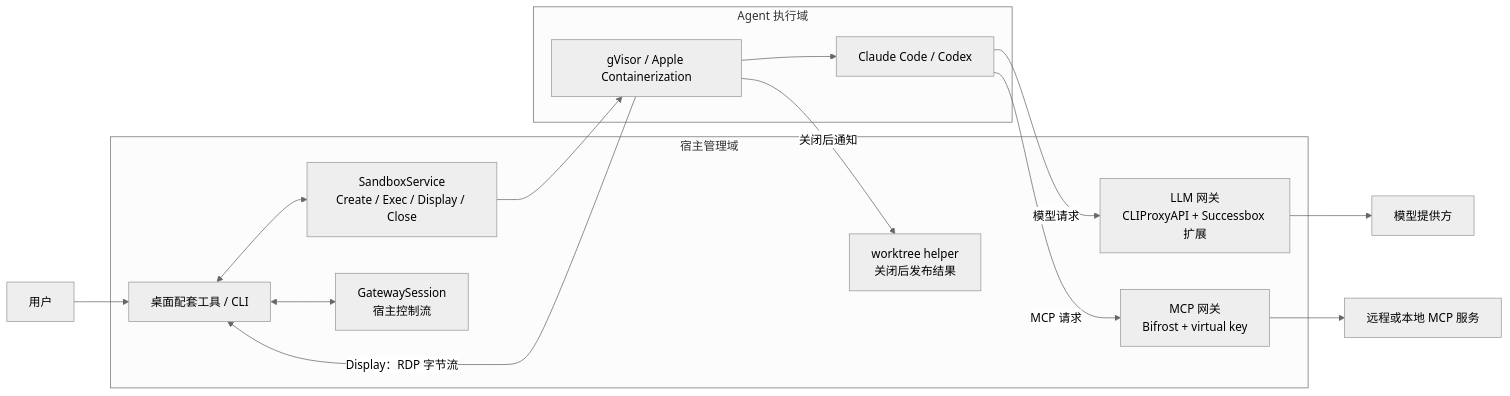
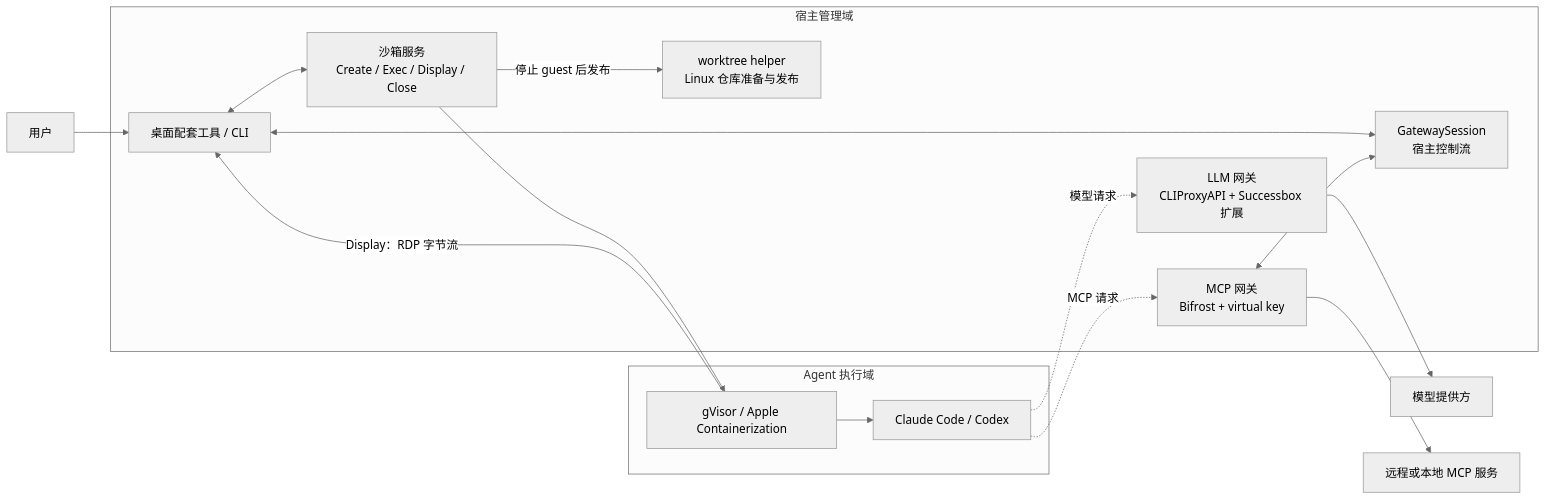
One commit to MeteorsLiu/successbox changed the diagram in README.md. Above: the diagram before and after it, drawn with Mermaid (neutral theme). The commit also changed other lines of this file, not shown here.

````diff
--- a/README.md
+++ b/README.md
@@ -46,26 +50,27 @@
 ```mermaid
 flowchart LR
     User["用户"] --> UI["桌面配套工具 / CLI"]
 
     subgraph Host["宿主管理域"]
-        UI <--> Control["SandboxService\nCreate / Exec / Display / Close"]
-        UI <--> Session["GatewaySession\n宿主控制流"]
-        LLM["LLM 网关\nCLIProxyAPI + Successbox 扩展"]
-        MCP["MCP 网关\nBifrost + virtual key"]
-        Publish["worktree helper\n关闭后发布结果"]
+        UI <--> Control["沙箱服务<br/>Create / Exec / Display / Close"]
+        UI <--> Session["GatewaySession<br/>宿主控制流"]
+        LLM["LLM 网关<br/>CLIProxyAPI + Successbox 扩展"]
+        MCP["MCP 网关<br/>Bifrost + virtual key"]
+        Publish["worktree helper<br/>Linux 仓库准备与发布"]
     end
 
     subgraph Guest["Agent 执行域"]
         Runtime["gVisor / Apple Containerization"]
         Agent["Claude Code / Codex"]
         Runtime --> Agent
     end
 
     Control --> Runtime
-    Agent -->|"模型请求"| LLM
-    Agent -->|"MCP 请求"| MCP
+    Agent -.->|"模型请求"| LLM
+    Agent -.->|"MCP 请求"| MCP
+    MCP <--> Session
     Runtime -->|"Display：RDP 字节流"| UI
-    Runtime -->|"关闭后通知"| Publish
+    Control -->|"停止 guest 后发布"| Publish
     LLM --> Providers["模型提供方"]
     MCP --> Services["远程或本地 MCP 服务"]
 ```
````
